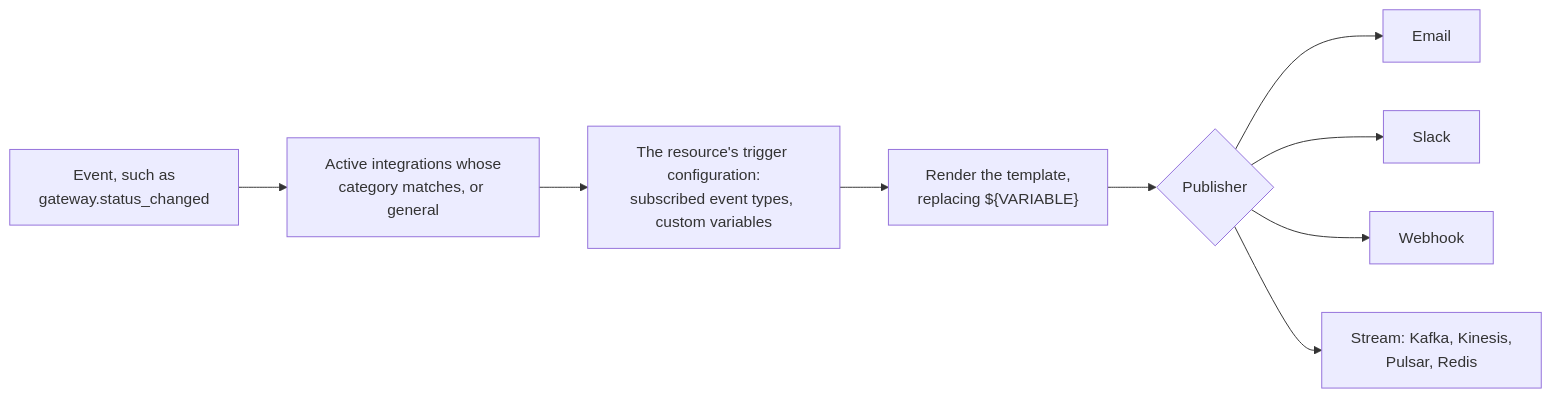
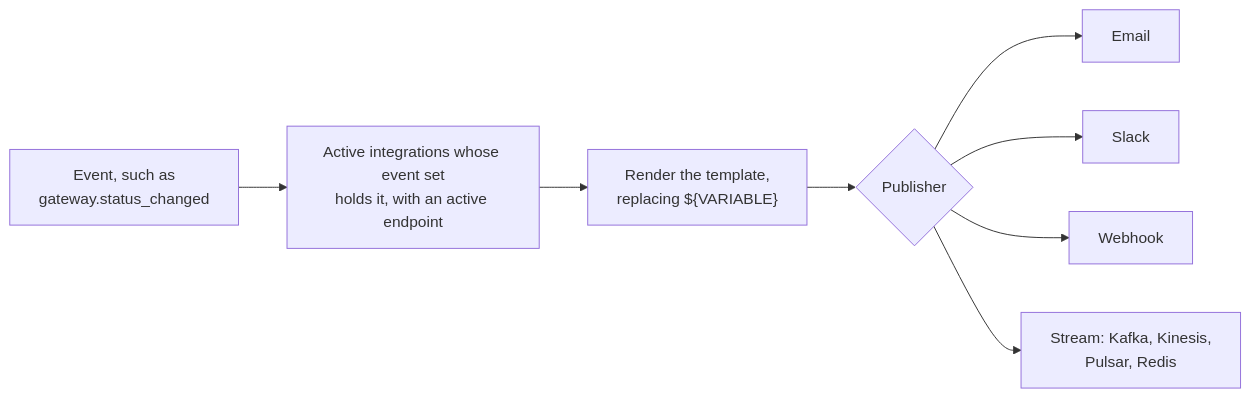
Before and after one commit to affinidi-ai/agent-gateway: the diagram in docs/INTEGRATIONS.md, drawn with Mermaid. The commit also changed other lines of this file and 4 other files, not shown here.

First line of the commit message:
docs(integrations): describe endpoints, event sets and their delivery

````diff
--- a/docs/INTEGRATIONS.md
+++ b/docs/INTEGRATIONS.md
@@ -13,11 +46,10 @@
 ```mermaid
 flowchart LR
-    E["Event, such as<br/>gateway.status_changed"] --> S["Active integrations whose<br/>category matches, or general"]
-    S --> R["The resource's trigger configuration:<br/>subscribed event types, custom variables"]
-    R --> T["Render the template,<br/>replacing ${VARIABLE}"]
+    E["Event, such as<br/>gateway.status_changed"] --> S["Active integrations whose event set<br/>holds it, with an active endpoint"]
+    S --> T["Render the template,<br/>replacing ${VARIABLE}"]
     T --> P{Publisher}
     P --> EM[Email]
     P --> SL[Slack]
     P --> WH[Webhook]
     P --> ST["Stream: Kafka, Kinesis,<br/>Pulsar, Redis"]
 ```
````
